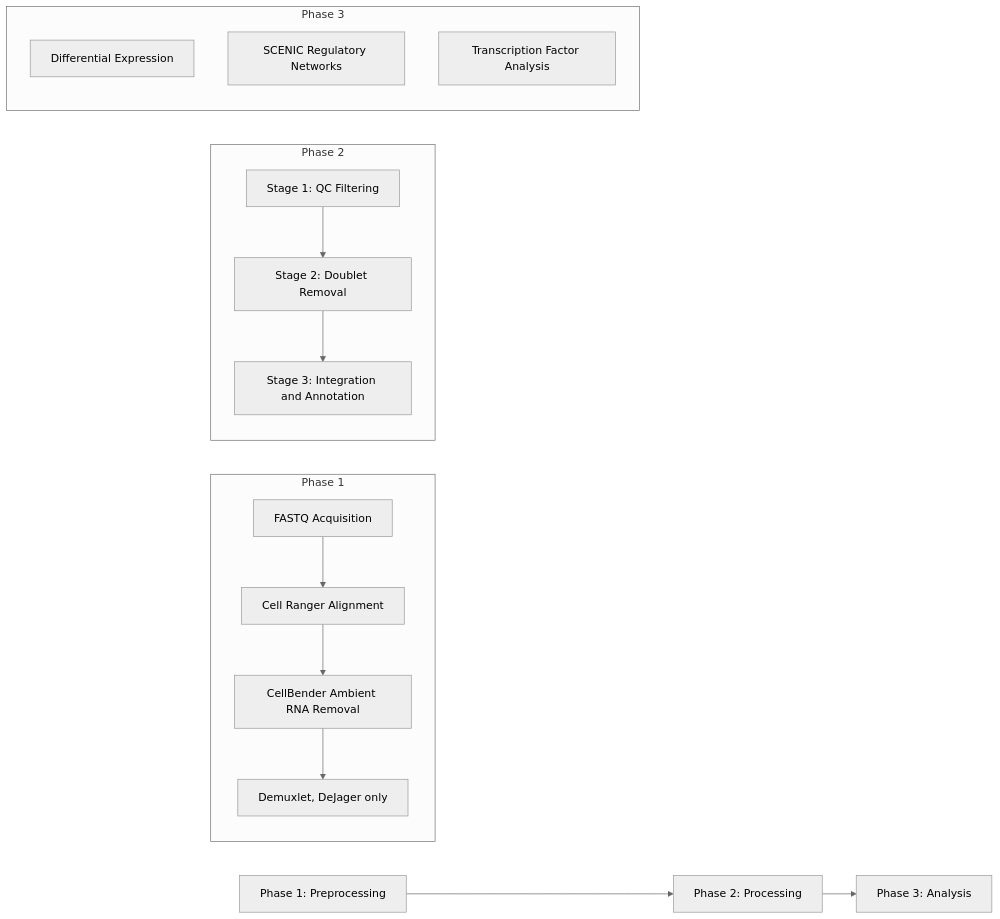
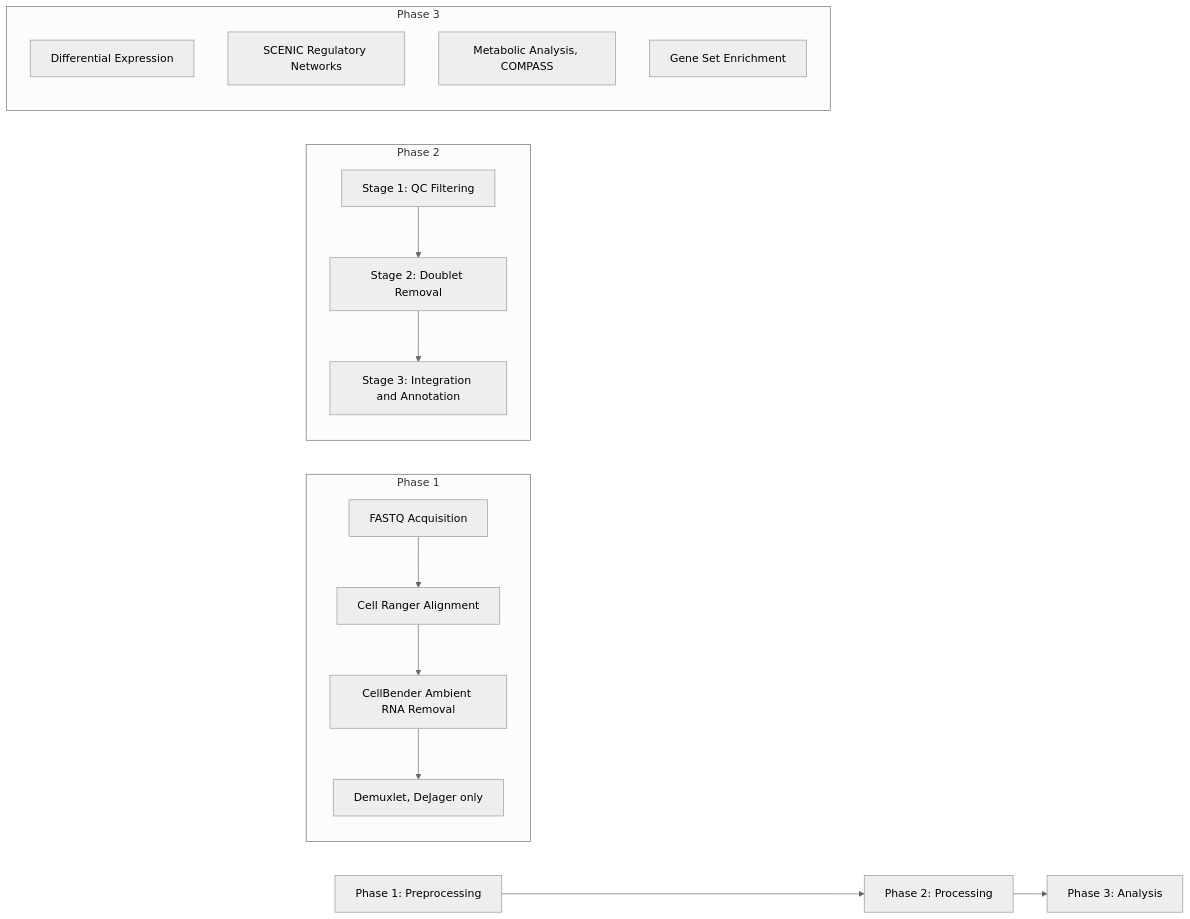
Before and after one commit to Environmental-And-Social-Epigenetics/ROSMAP-Omics_Guide: the diagram in docs/snrnaseq/index.md, drawn with Mermaid (neutral theme). The commit also changed other lines of this file and 9 other files, not shown here.

````diff
--- a/docs/snrnaseq/index.md
+++ b/docs/snrnaseq/index.md
@@ -9,22 +9,23 @@
 ```mermaid
 graph LR
     A[Phase 1: Preprocessing] --> B[Phase 2: Processing]
     B --> C[Phase 3: Analysis]
 
     subgraph Phase 1
         A1[FASTQ Acquisition] --> A2[Cell Ranger Alignment]
         A2 --> A3[CellBender Ambient RNA Removal]
         A3 --> A4[Demuxlet, DeJager only]
     end
 
     subgraph Phase 2
         B1[Stage 1: QC Filtering] --> B2[Stage 2: Doublet Removal]
         B2 --> B3[Stage 3: Integration and Annotation]
     end
 
     subgraph Phase 3
         C1[Differential Expression]
         C2[SCENIC Regulatory Networks]
-        C3[Transcription Factor Analysis]
+        C3[Metabolic Analysis, COMPASS]
+        C4[Gene Set Enrichment]
     end
 ```
````
